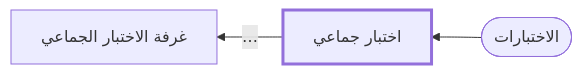
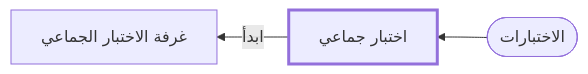
The diagram in docs/feature-map/quiz-party.md (msskzx/namaq), drawn with Mermaid before and after one commit. The commit also changed other lines of this file and 24 other files, not shown here.

````diff
--- a/docs/feature-map/quiz-party.md
+++ b/docs/feature-map/quiz-party.md
@@ -5,7 +5,7 @@
 ```mermaid
 flowchart RL
   me["اختبار جماعي"]
   style me stroke-width:3px
   in0(["الاختبارات"]) --> me
-  me -- "…" --> out0["غرفة الاختبار الجماعي"]
+  me -- "ابدأ" --> out0["غرفة الاختبار الجماعي"]
 ```
````
